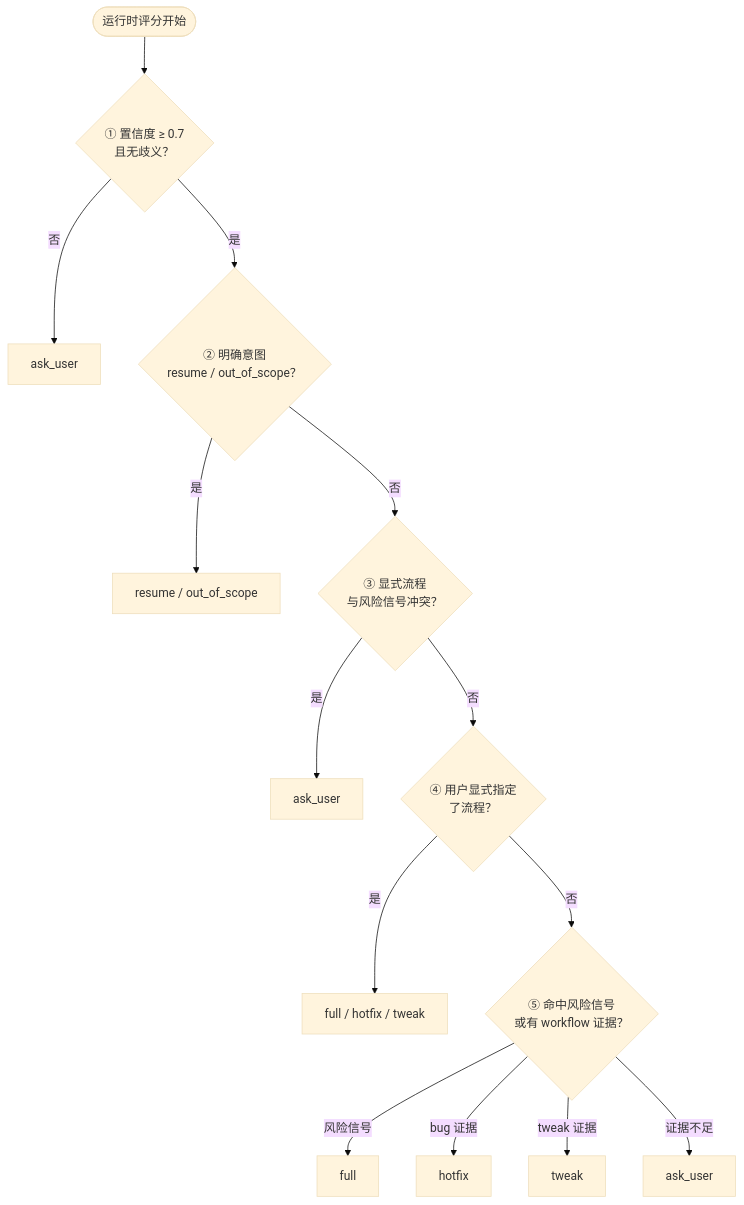
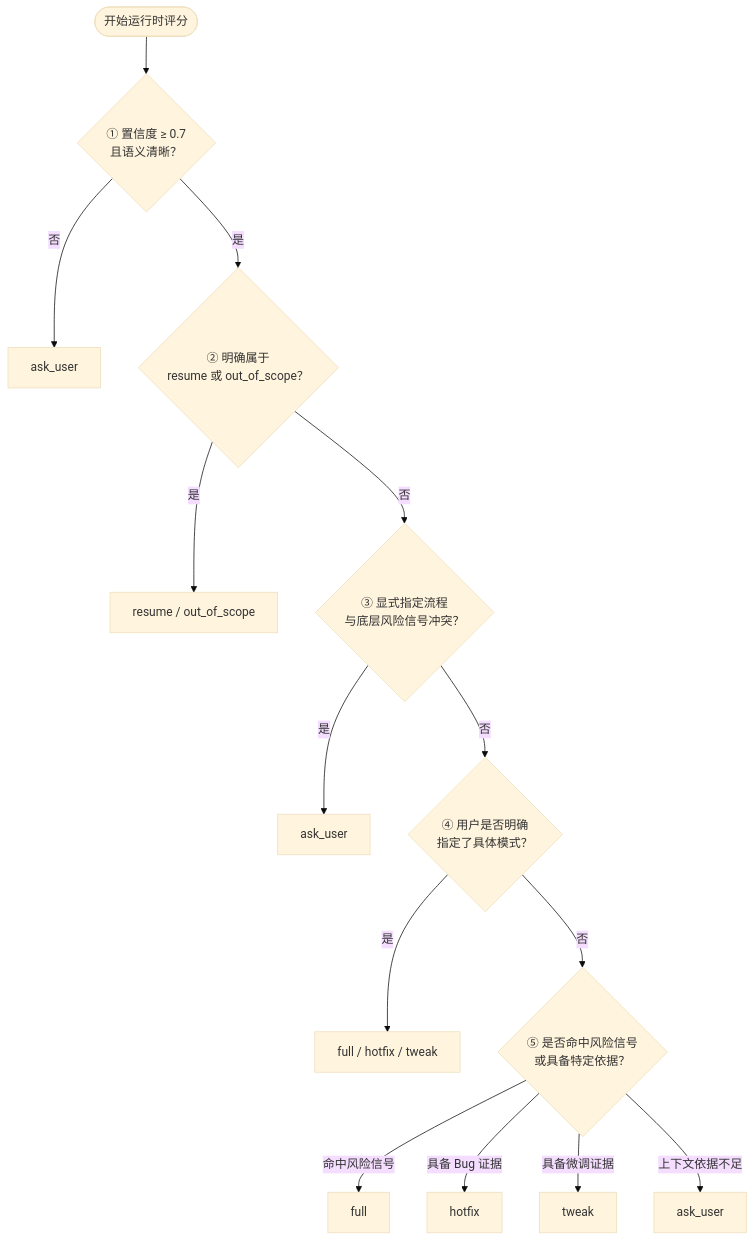
One commit to rpamis/comet-website-docs changed the second of 2 diagrams in zh/concepts/intent-routing.mdx. Above: the diagram before and after it, drawn with Mermaid (base theme). The commit also changed other lines of this file and 76 other files, not shown here.

````diff
--- a/zh/concepts/intent-routing.mdx
+++ b/zh/concepts/intent-routing.mdx
@@ -206,16 +180,16 @@
 ```mermaid
 flowchart TD
-    A(["运行时评分开始"]) --> B{"① 置信度 ≥ 0.7<br/>且无歧义？"}
+    A(["开始运行时评分"]) --> B{"① 置信度 ≥ 0.7<br/>且语义清晰？"}
     B -->|否| AU1["ask_user"]
-    B -->|是| C{"② 明确意图<br/>resume / out_of_scope？"}
+    B -->|是| C{"② 明确属于<br/>resume 或 out_of_scope？"}
     C -->|是| CLEAR["resume / out_of_scope"]
-    C -->|否| D{"③ 显式流程<br/>与风险信号冲突？"}
+    C -->|否| D{"③ 显式指定流程<br/>与底层风险信号冲突？"}
     D -->|是| AU2["ask_user"]
-    D -->|否| E{"④ 用户显式指定<br/>了流程？"}
+    D -->|否| E{"④ 用户是否明确<br/>指定了具体模式？"}
     E -->|是| WF["full / hotfix / tweak"]
-    E -->|否| F{"⑤ 命中风险信号<br/>或有 workflow 证据？"}
-    F -->|"风险信号"| FULL["full"]
-    F -->|"bug 证据"| HF["hotfix"]
-    F -->|"tweak 证据"| TW["tweak"]
-    F -->|"证据不足"| AU3["ask_user"]
+    E -->|否| F{"⑤ 是否命中风险信号<br/>或具备特定依据？"}
+    F -->|"命中风险信号"| FULL["full"]
+    F -->|"具备 Bug 证据"| HF["hotfix"]
+    F -->|"具备微调证据"| TW["tweak"]
+    F -->|"上下文依据不足"| AU3["ask_user"]
 ```
````
